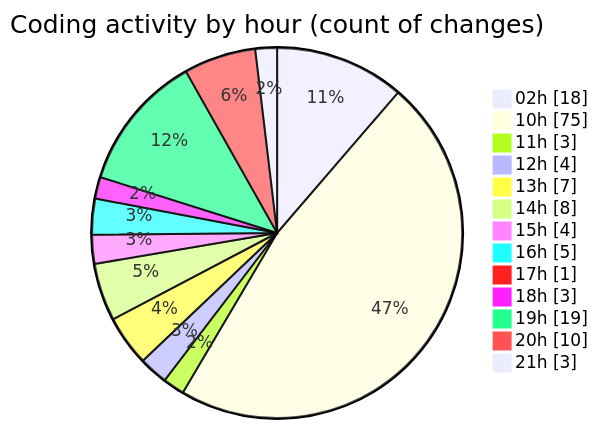
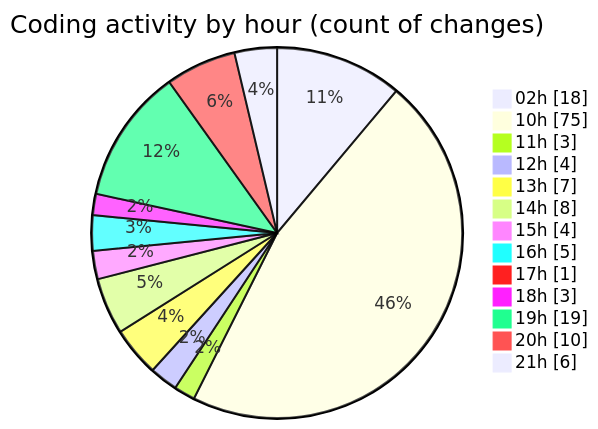
One commit to shibass792/code-tracking changed the second of 2 diagrams in 2026-07-08/twenty_versions_aminor/README.md. Above: the diagram before and after it, drawn with Mermaid. The commit also changed other lines of this file and 1 other file, not shown here.

````diff
--- a/2026-07-08/twenty_versions_aminor/README.md
+++ b/2026-07-08/twenty_versions_aminor/README.md
@@ -57,17 +59,17 @@
 ```mermaid
 pie showData
 title Coding activity by hour (count of changes)
 "02h" : 18
 "10h" : 75
 "11h" : 3
 "12h" : 4
 "13h" : 7
 "14h" : 8
 "15h" : 4
 "16h" : 5
 "17h" : 1
 "18h" : 3
 "19h" : 19
 "20h" : 10
-"21h" : 3
+"21h" : 6
 ```
````
